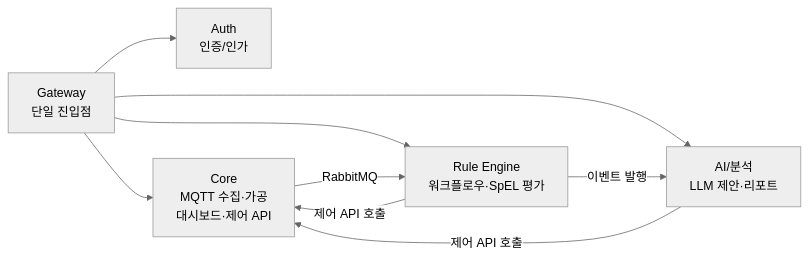
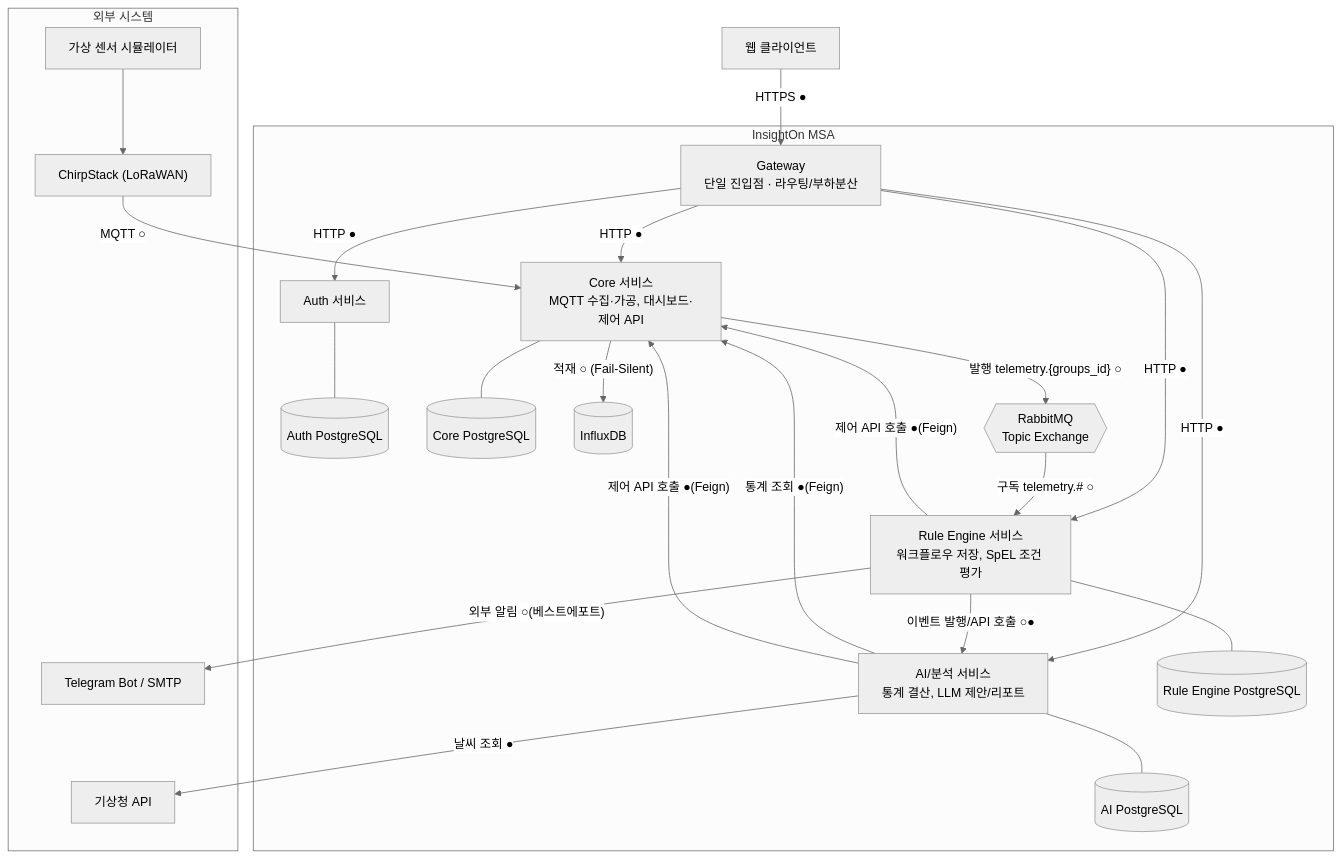
One commit to nhnacademy-aiot3-insighton/.github changed the first of 4 diagrams in profile/README.md. Above: the diagram before and after it, drawn with Mermaid (neutral theme). The commit also changed other lines of this file, not shown here.

````diff
--- a/profile/README.md
+++ b/profile/README.md
@@ -148,17 +202,45 @@
 ```mermaid
-flowchart LR
-    GW[Gateway<br/>단일 진입점]
-    Auth[Auth<br/>인증/인가]
-    Core[Core<br/>MQTT 수집·가공<br/>대시보드·제어 API]
-    RE[Rule Engine<br/>워크플로우·SpEL 평가]
-    AI[AI/분석<br/>LLM 제안·리포트]
+flowchart TB
+    subgraph Ext["외부 시스템"]
+        Sim["가상 센서 시뮬레이터"]
+        ChirpStack["ChirpStack (LoRaWAN)"]
+        KMA["기상청 API"]
+        Notify["Telegram Bot / SMTP"]
+    end
 
-    GW --> Auth
-    GW --> Core
-    GW --> RE
-    GW --> AI
-    Core -- RabbitMQ --> RE
-    RE -- 이벤트 발행 --> AI
-    AI -- 제어 API 호출 --> Core
-    RE -- 제어 API 호출 --> Core
+    subgraph Platform["InsightOn MSA"]
+        GW["Gateway<br/>단일 진입점 · 라우팅/부하분산"]
+        Auth["Auth 서비스"]
+        Core["Core 서비스<br/>MQTT 수집·가공, 대시보드·제어 API"]
+        RE["Rule Engine 서비스<br/>워크플로우 저장, SpEL 조건 평가"]
+        AI["AI/분석 서비스<br/>통계 결산, LLM 제안/리포트"]
+
+        AuthDB[("Auth PostgreSQL")]
+        CoreDB[("Core PostgreSQL")]
+        Influx[("InfluxDB")]
+        REDB[("Rule Engine PostgreSQL")]
+        AIDB[("AI PostgreSQL")]
+        MQ{{"RabbitMQ<br/>Topic Exchange"}}
+    end
+
+    Client["웹 클라이언트"] -- "HTTPS ●" --> GW
+    GW -- "HTTP ●" --> Auth
+    GW -- "HTTP ●" --> Core
+    GW -- "HTTP ●" --> RE
+    GW -- "HTTP ●" --> AI
+
+    Sim --> ChirpStack -- "MQTT ○" --> Core
+    Auth --- AuthDB
+    Core --- CoreDB
+    Core -- "적재 ○ (Fail-Silent)" --> Influx
+    Core -- "발행 telemetry.{groups_id} ○" --> MQ
+    MQ -- "구독 telemetry.# ○" --> RE
+    RE --- REDB
+    RE -- "제어 API 호출 ●(Feign)" --> Core
+    RE -- "이벤트 발행/API 호출 ○●" --> AI
+    RE -- "외부 알림 ○(베스트에포트)" --> Notify
+    AI --- AIDB
+    AI -- "통계 조회 ●(Feign)" --> Core
+    AI -- "날씨 조회 ●" --> KMA
+    AI -- "제어 API 호출 ●(Feign)" --> Core
 ```
````
